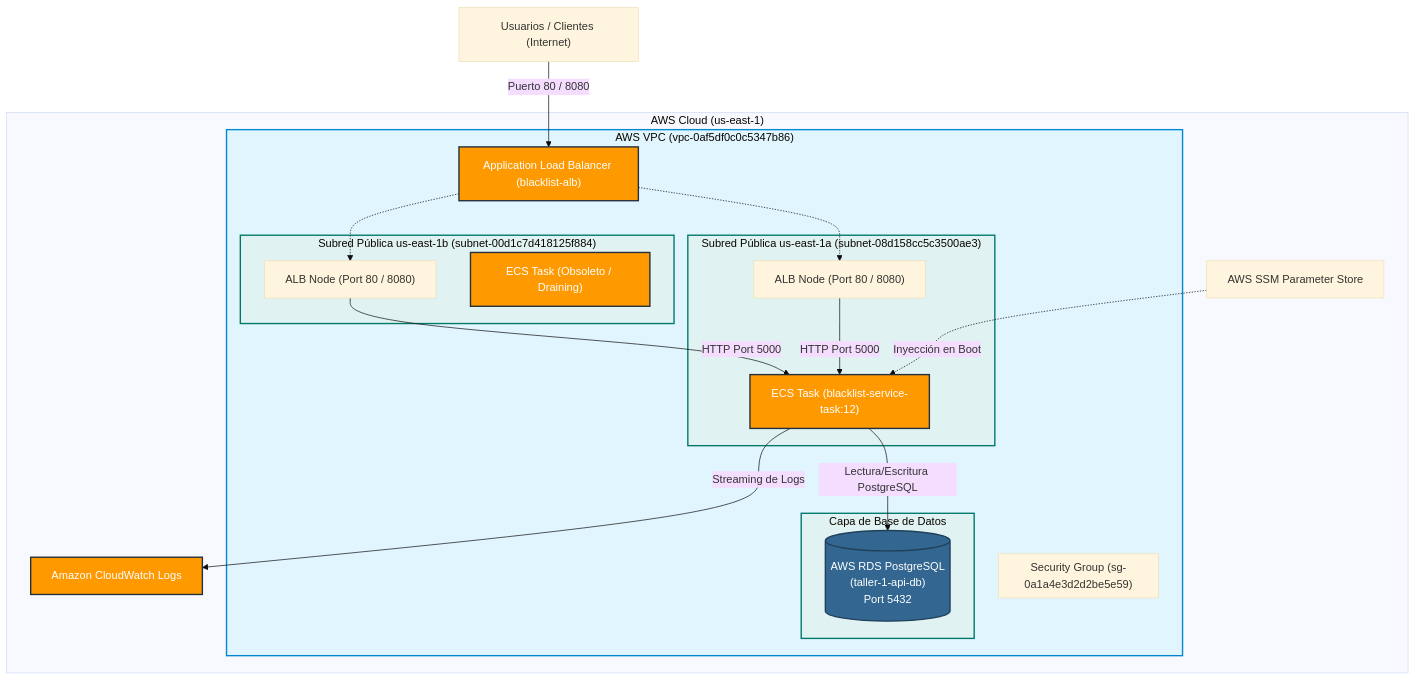
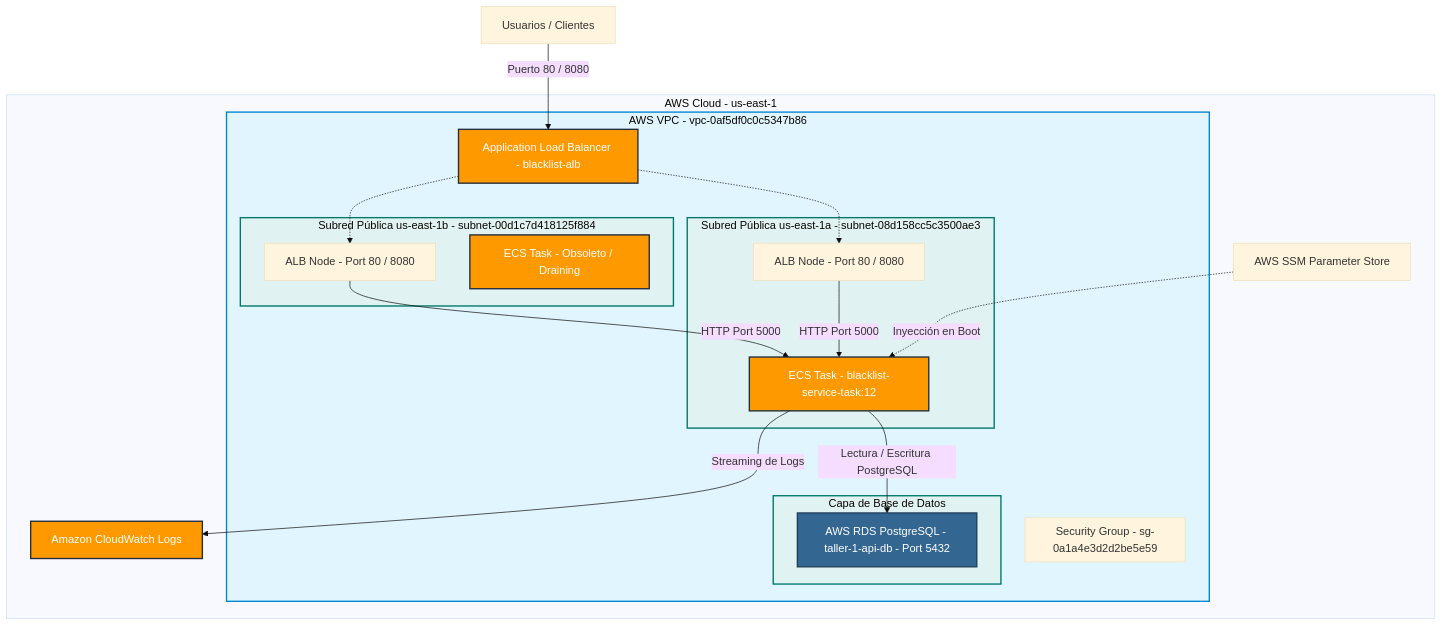
Before and after one commit to breinergonza/devops_taller_2: the fourth of 5 diagrams in README.md, drawn with Mermaid (base theme). The commit also changed other lines of this file, not shown here.

````diff
--- a/README.md
+++ b/README.md
@@ -391,50 +339,50 @@
 ```mermaid
 graph TD
     %% Estilos de los nodos
     classDef vpc fill:#E1F5FE,stroke:#0288D1,stroke-width:2px;
     classDef subnet fill:#E0F2F1,stroke:#00796B,stroke-width:2px;
     classDef aws fill:#FF9900,stroke:#232F3E,stroke-width:2px,color:white;
     classDef db fill:#336791,stroke:#20405B,stroke-width:2px,color:white;
 
-    subgraph AWS_Cloud["AWS Cloud (us-east-1)"]
-        subgraph VPC["AWS VPC (vpc-0af5df0c0c5347b86)"]
+    subgraph AWS_Cloud["AWS Cloud - us-east-1"]
+        subgraph VPC["AWS VPC - vpc-0af5df0c0c5347b86"]
             
-            subgraph Subnet_1A["Subred Pública us-east-1a (subnet-08d158cc5c3500ae3)"]
-                ALB_1A["ALB Node (Port 80 / 8080)"]
-                Task_1A["ECS Task (blacklist-service-task:12)"]
+            subgraph Subnet_1A["Subred Pública us-east-1a - subnet-08d158cc5c3500ae3"]
+                ALB_1A["ALB Node - Port 80 / 8080"]
+                Task_1A["ECS Task - blacklist-service-task:12"]
             end
 
-            subgraph Subnet_1B["Subred Pública us-east-1b (subnet-00d1c7d418125f884)"]
-                ALB_1B["ALB Node (Port 80 / 8080)"]
-                Task_1B["ECS Task (Obsoleto / Draining)"]
+            subgraph Subnet_1B["Subred Pública us-east-1b - subnet-00d1c7d418125f884"]
+                ALB_1B["ALB Node - Port 80 / 8080"]
+                Task_1B["ECS Task - Obsoleto / Draining"]
             end
 
-            ALB["Application Load Balancer (blacklist-alb)"]
+            ALB["Application Load Balancer - blacklist-alb"]
             ALB -.-> ALB_1A
             ALB -.-> ALB_1B
 
-            subgraph Security_Group["Security Group (sg-0a1a4e3d2d2be5e59)"]
-                ALB_1A & ALB_1B -->|HTTP Port 5000| Task_1A
+            subgraph Security_Group["Security Group - sg-0a1a4e3d2d2be5e59"]
+                ALB_1A & ALB_1B -->|"HTTP Port 5000"| Task_1A
             end
 
             subgraph RDS_Subnets["Capa de Base de Datos"]
-                RDS[("AWS RDS PostgreSQL\n(taller-1-api-db)\nPort 5432")]
+                RDS["AWS RDS PostgreSQL - taller-1-api-db - Port 5432"]
             end
 
-            Task_1A -->|Lectura/Escritura PostgreSQL| RDS
+            Task_1A -->|"Lectura / Escritura PostgreSQL"| RDS
         end
 
         SSM["AWS SSM Parameter Store"]
         CW["Amazon CloudWatch Logs"]
 
-        SSM -.->|Inyección en Boot| Task_1A
-        Task_1A -->|Streaming de Logs| CW
+        SSM -.->|"Inyección en Boot"| Task_1A
+        Task_1A -->|"Streaming de Logs"| CW
     end
 
-    Internet["Usuarios / Clientes (Internet)"] -->|Puerto 80 / 8080| ALB
+    Internet["Usuarios / Clientes"] -->|"Puerto 80 / 8080"| ALB
 
     class ALB,Task_1A,Task_1B,CW aws;
     class RDS db;
     class VPC vpc;
     class Subnet_1A,Subnet_1B,RDS_Subnets subnet;
 ```
````
